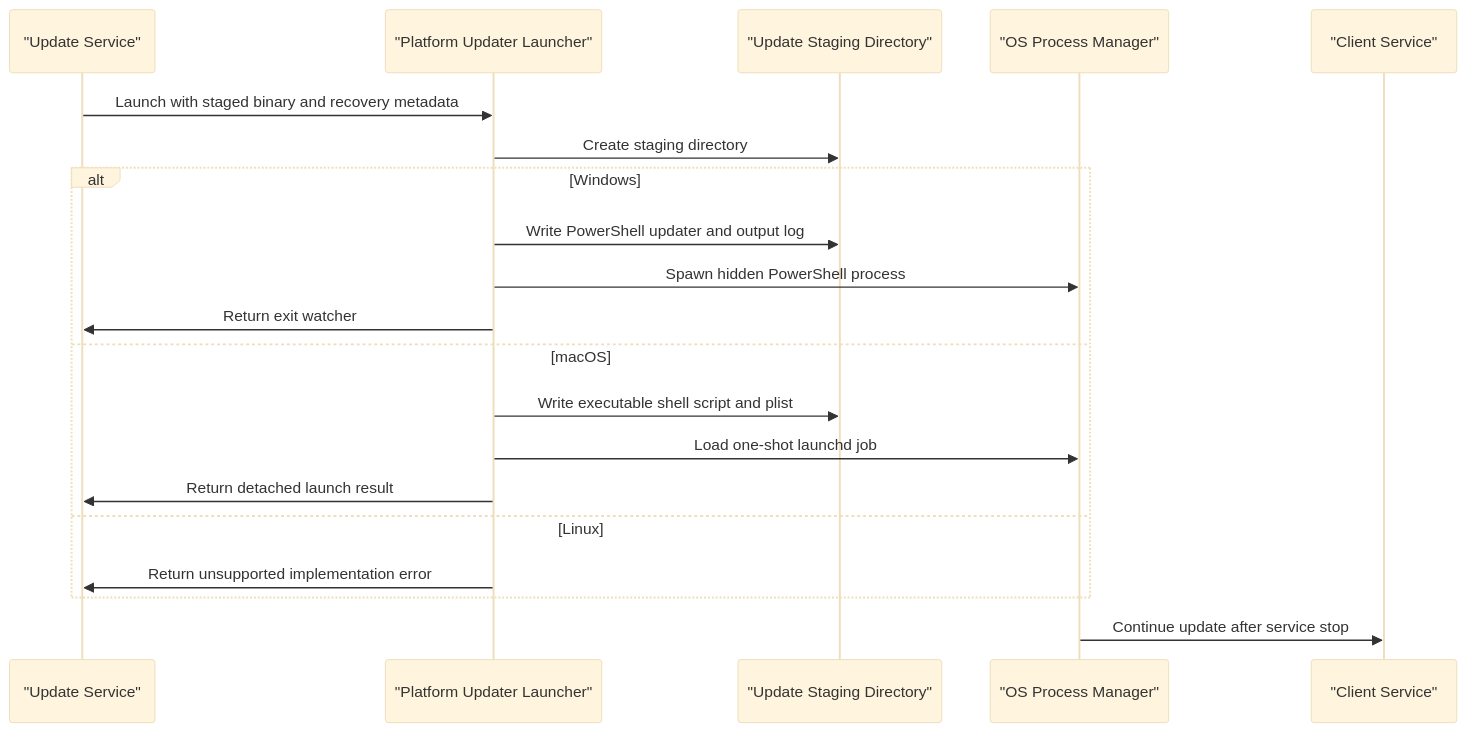
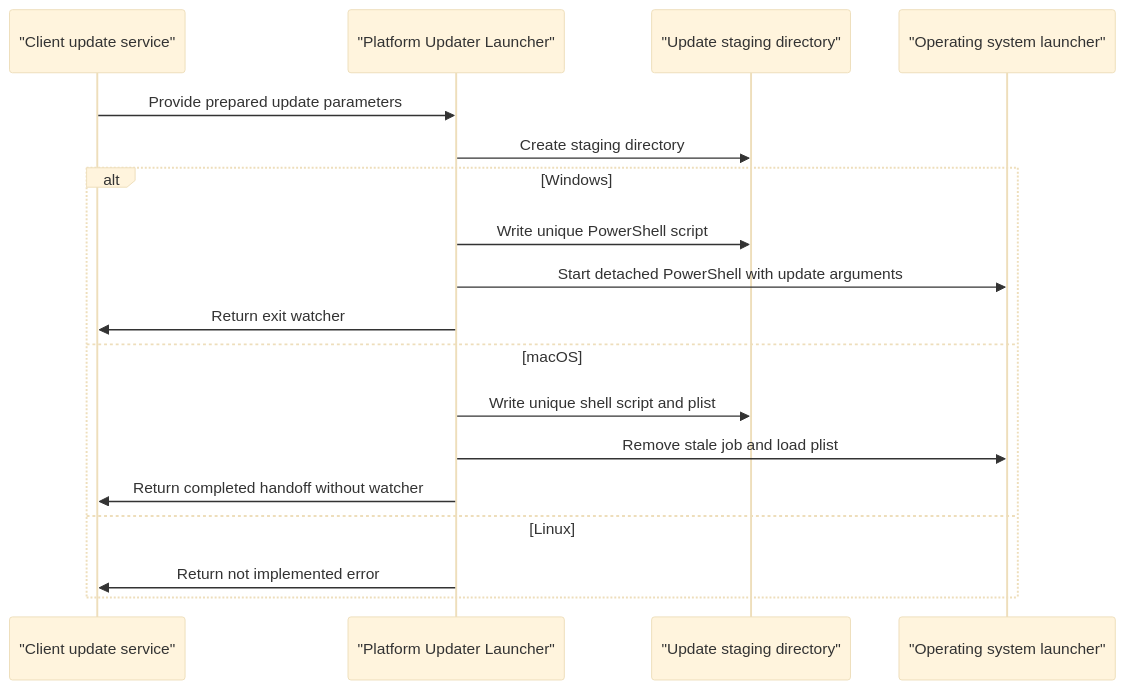
The second of 2 diagrams in docs/reference/architecture/openframe-client-core/platform-updater-launcher/platform-updater-launcher.md (flamingo-stack/openframe-oss-tenant), drawn with Mermaid (base theme) before and after one commit. The commit also changed other lines of this file and 2377 other files, not shown here.

````diff
--- a/docs/reference/architecture/openframe-client-core/platform-updater-launcher/platform-updater-launcher.md
+++ b/docs/reference/architecture/openframe-client-core/platform-updater-launcher/platform-updater-launcher.md
@@ -99,23 +56,20 @@
 ```mermaid
 sequenceDiagram
-    participant Update as "Update Service"
+    participant Client as "Client update service"
     participant Launcher as "Platform Updater Launcher"
-    participant Stage as "Update Staging Directory"
-    participant OS as "OS Process Manager"
-    participant Service as "Client Service"
-
-    Update->>Launcher: Launch with staged binary and recovery metadata
+    participant Stage as "Update staging directory"
+    participant OS as "Operating system launcher"
+    Client->>Launcher: Provide prepared update parameters
     Launcher->>Stage: Create staging directory
     alt Windows
-        Launcher->>Stage: Write PowerShell updater and output log
-        Launcher->>OS: Spawn hidden PowerShell process
-        Launcher->>Update: Return exit watcher
+        Launcher->>Stage: Write unique PowerShell script
+        Launcher->>OS: Start detached PowerShell with update arguments
+        Launcher->>Client: Return exit watcher
     else macOS
-        Launcher->>Stage: Write executable shell script and plist
-        Launcher->>OS: Load one-shot launchd job
-        Launcher->>Update: Return detached launch result
+        Launcher->>Stage: Write unique shell script and plist
+        Launcher->>OS: Remove stale job and load plist
+        Launcher->>Client: Return completed handoff without watcher
     else Linux
-        Launcher->>Update: Return unsupported implementation error
+        Launcher->>Client: Return not implemented error
     end
-    OS->>Service: Continue update after service stop
 ```
````
